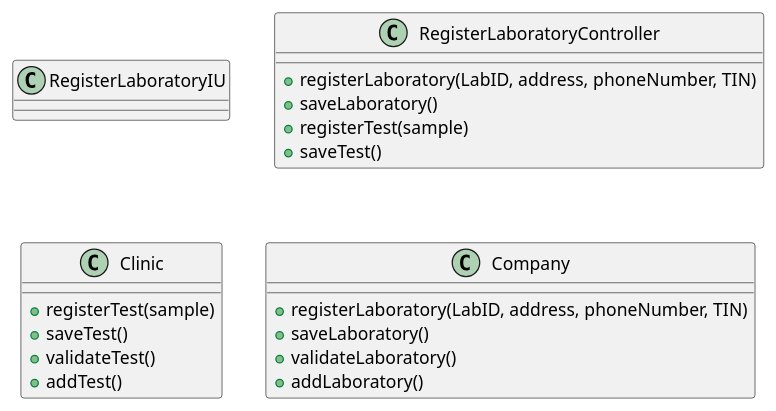
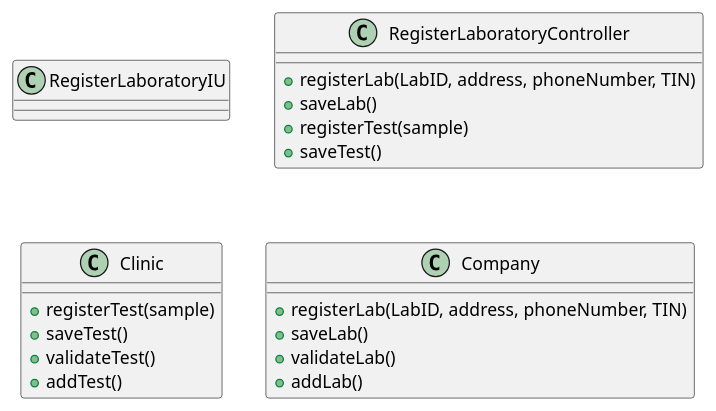
One commit to jsmarques98/LAPR2-ISEP changed the diagram in docs/SprintB/US8/US8_CD.puml. Above: the diagram before and after it, drawn with PlantUML.

Commit message:
no message

```diff
--- a/docs/SprintB/US8/US8_CD.puml
+++ b/docs/SprintB/US8/US8_CD.puml
@@ -1,29 +1,29 @@
 @startuml
 
 skinparam classAtributionIconSize 0
 
 class RegisterLaboratoryIU
 
 class RegisterLaboratoryController {
-    +registerLaboratory(LabID, address, phoneNumber, TIN)
-    +saveLaboratory()
+    +registerLab(LabID, address, phoneNumber, TIN)
+    +saveLab()
     +registerTest(sample)
     +saveTest()
 }
 
 class Clinic {
     +registerTest(sample)
     +saveTest()
     +validateTest()
     +addTest()
   }
 
 class Company {
-    +registerLaboratory(LabID, address, phoneNumber, TIN)
-    +saveLaboratory()
-    +validateLaboratory()
-    +addLaboratory()
+    +registerLab(LabID, address, phoneNumber, TIN)
+    +saveLab()
+    +validateLab()
+    +addLab()
 
 }
 
 @enduml
```
